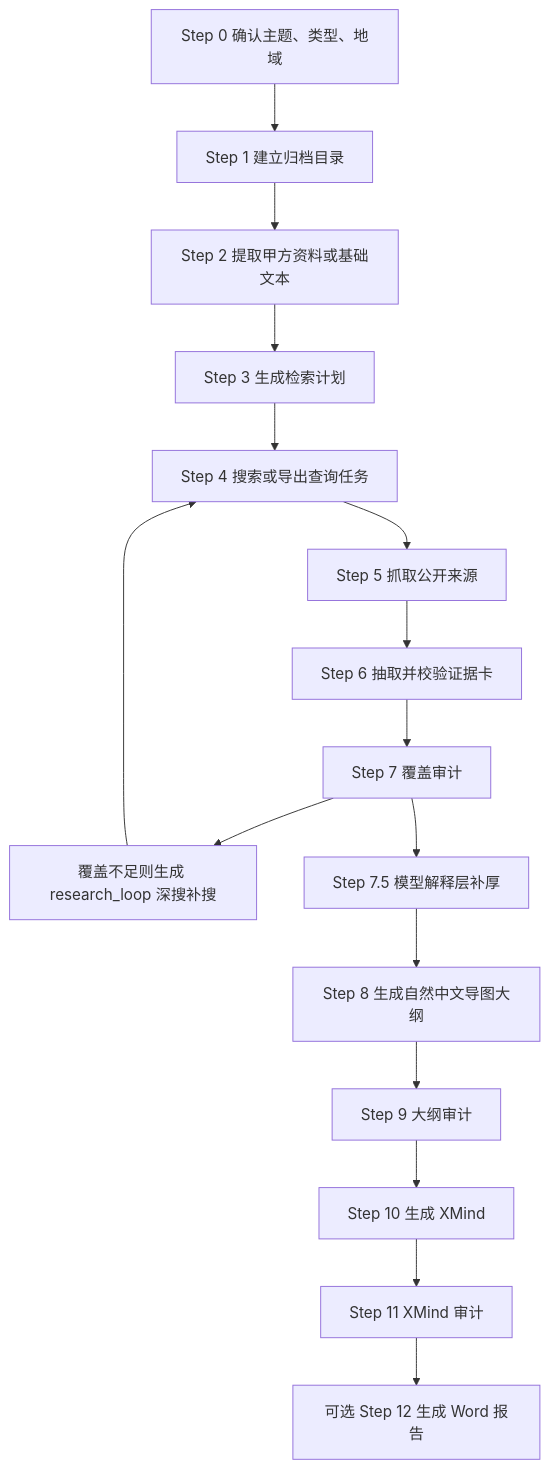
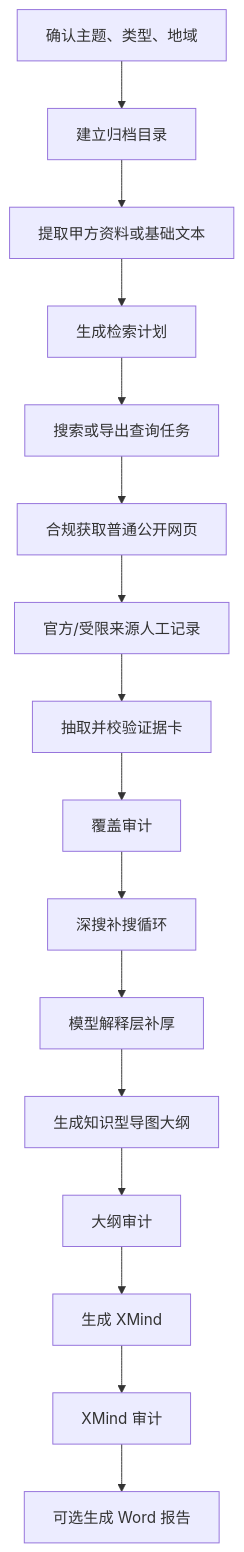
The diagram in README.md (sunzhaokai95/curation-research-skill), drawn with Mermaid before and after one commit. The commit also changed other lines of this file and 12 other files, not shown here.

````diff
--- a/README.md
+++ b/README.md
@@ -38,18 +29,18 @@
 ```mermaid
 flowchart TD
-  A["Step 0 确认主题、类型、地域"] --> B["Step 1 建立归档目录"]
-  B --> C["Step 2 提取甲方资料或基础文本"]
-  C --> D["Step 3 生成检索计划"]
-  D --> E["Step 4 搜索或导出查询任务"]
-  E --> F["Step 5 抓取公开来源"]
-  F --> G["Step 6 抽取并校验证据卡"]
-  G --> H["Step 7 覆盖审计"]
-  H --> N["覆盖不足则生成 research_loop 深搜补搜"]
-  N --> E
-  H --> I["Step 7.5 模型解释层补厚"]
-  I --> J["Step 8 生成自然中文导图大纲"]
-  J --> K["Step 9 大纲审计"]
-  K --> L["Step 10 生成 XMind"]
-  L --> M["Step 11 XMind 审计"]
-  M --> O["可选 Step 12 生成 Word 报告"]
+  A["确认主题、类型、地域"] --> B["建立归档目录"]
+  B --> C["提取甲方资料或基础文本"]
+  C --> D["生成检索计划"]
+  D --> E["搜索或导出查询任务"]
+  E --> F["合规获取普通公开网页"]
+  F --> G["官方/受限来源人工记录"]
+  G --> H["抽取并校验证据卡"]
+  H --> I["覆盖审计"]
+  I --> J["深搜补搜循环"]
+  J --> K["模型解释层补厚"]
+  K --> L["生成知识型导图大纲"]
+  L --> M["大纲审计"]
+  M --> N["生成 XMind"]
+  N --> O["XMind 审计"]
+  O --> P["可选生成 Word 报告"]
 ```
````
